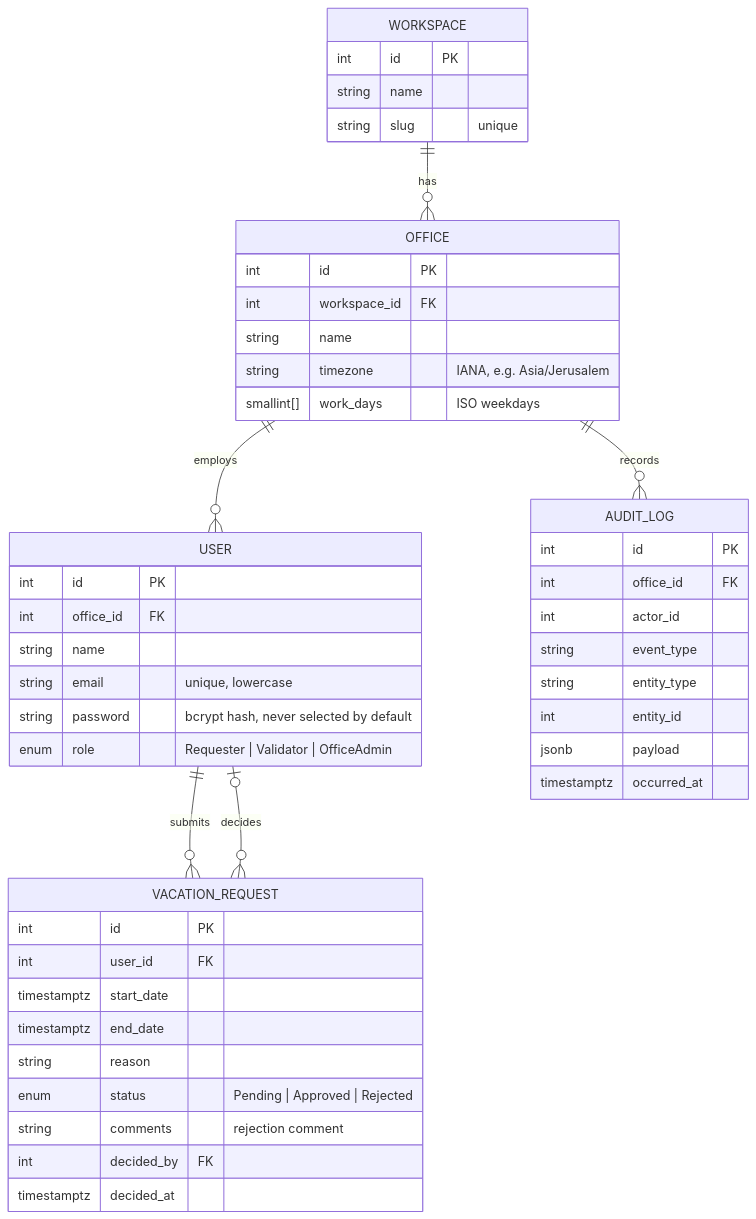
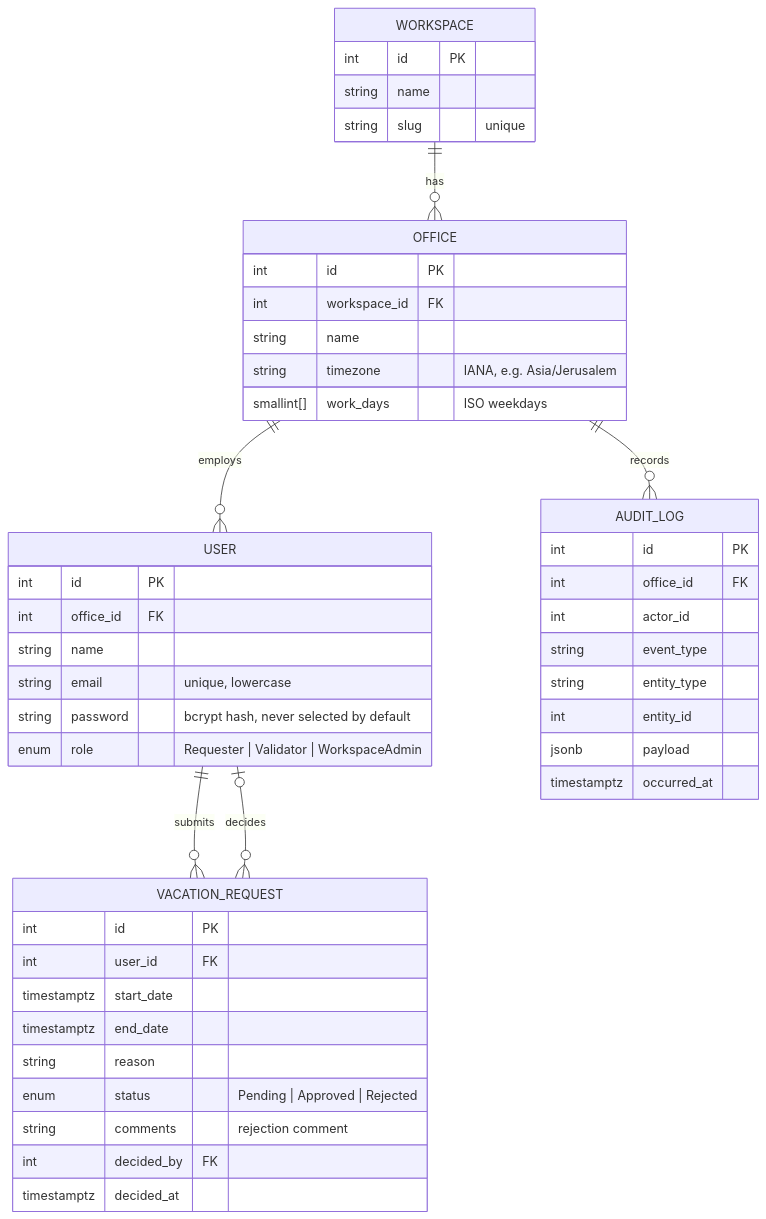
One commit to Roni750/Offday changed the eighth of 10 diagrams in README.md. Above: the diagram before and after it, drawn with Mermaid. The commit also changed other lines of this file and 27 other files, not shown here.

First line of the commit message:
refactor: rename OfficeAdmin role to WorkspaceAdmin

````diff
--- a/README.md
+++ b/README.md
@@ -353,40 +353,40 @@
 ```mermaid
 erDiagram
     WORKSPACE ||--o{ OFFICE : has
     OFFICE ||--o{ USER : employs
     USER ||--o{ VACATION_REQUEST : submits
     USER |o--o{ VACATION_REQUEST : decides
     OFFICE ||--o{ AUDIT_LOG : records
 
     WORKSPACE { int id PK
         string name
         string slug "unique" }
     OFFICE { int id PK
         int workspace_id FK
         string name
         string timezone "IANA, e.g. Asia/Jerusalem"
         smallint[] work_days "ISO weekdays" }
     USER { int id PK
         int office_id FK
         string name
         string email "unique, lowercase"
         string password "bcrypt hash, never selected by default"
-        enum role "Requester | Validator | OfficeAdmin" }
+        enum role "Requester | Validator | WorkspaceAdmin" }
     VACATION_REQUEST { int id PK
         int user_id FK
         timestamptz start_date
         timestamptz end_date
         string reason
         enum status "Pending | Approved | Rejected"
         string comments "rejection comment"
         int decided_by FK
         timestamptz decided_at }
     AUDIT_LOG { int id PK
         int office_id FK
         int actor_id
         string event_type
         string entity_type
         int entity_id
         jsonb payload
         timestamptz occurred_at }
 ```
````
